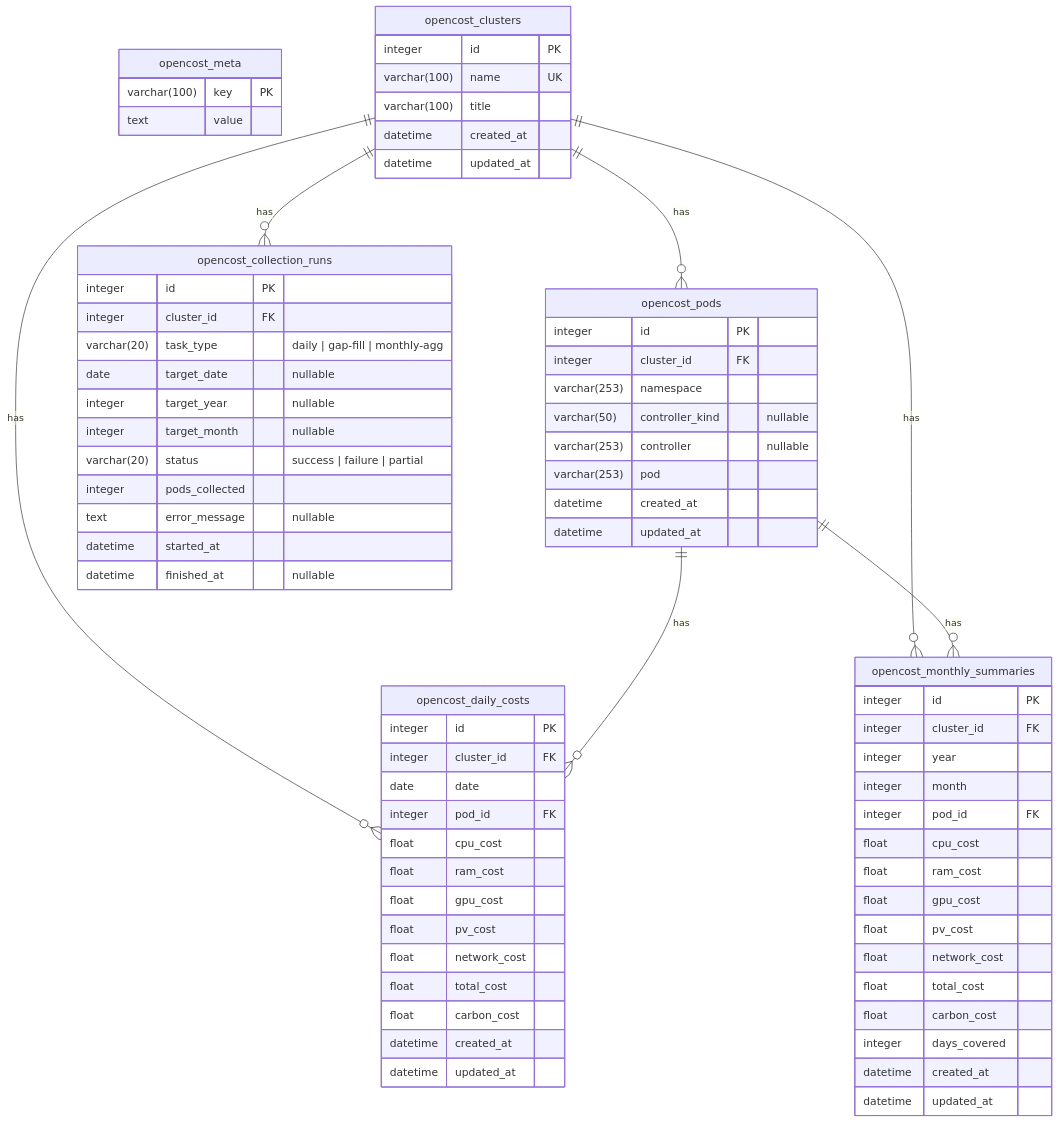
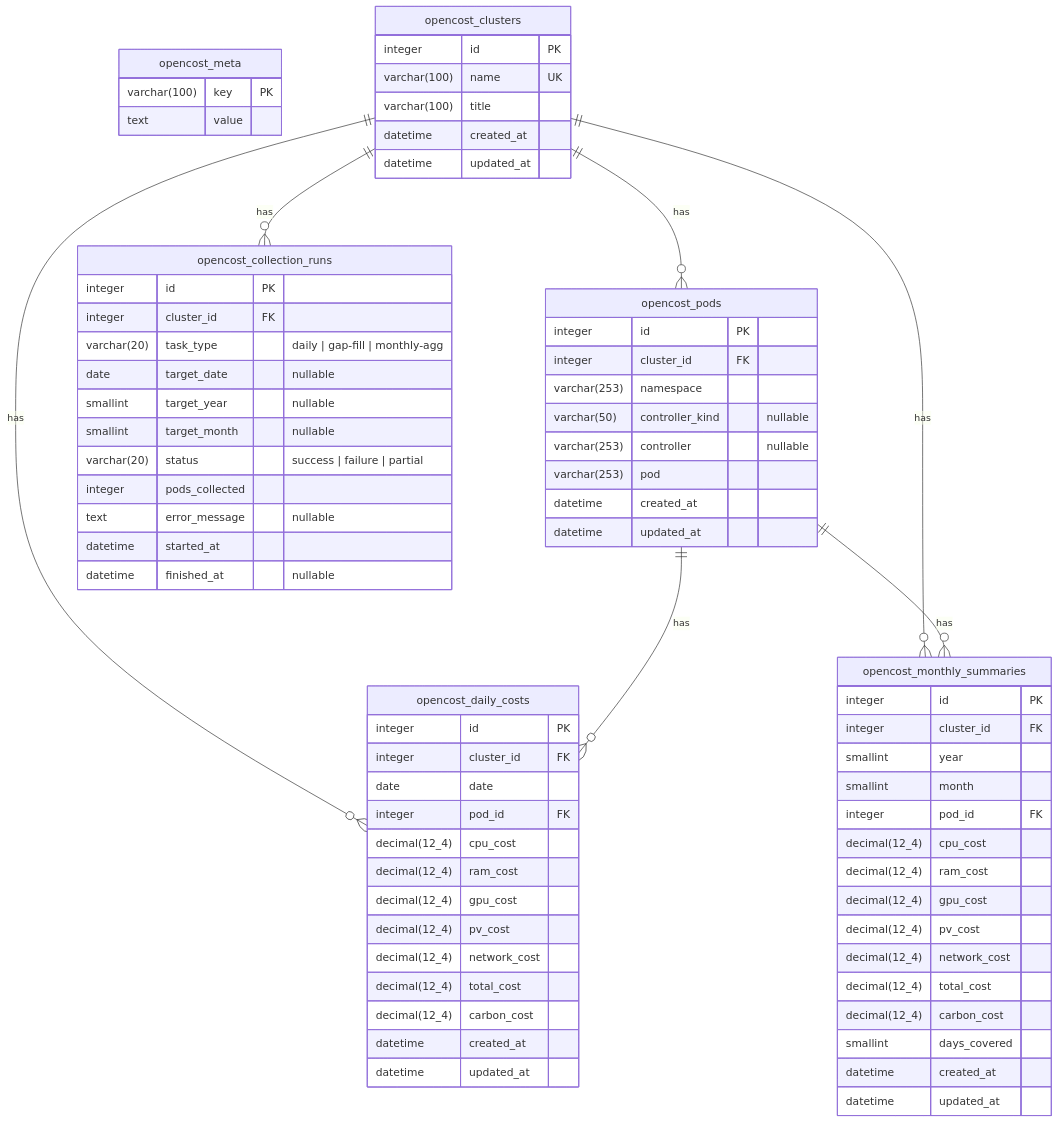
One commit to younsl/o changed the diagram in box/containers/backstage/docs/opencost-erd.md. Above: the diagram before and after it, drawn with Mermaid.

Commit message:
[backstage] docs(opencost): align ERD data types with actual schema
Update float to decimal(12,4), integer to smallint for year/month and
days_covered columns to match Knex schema definitions.

````diff
--- a/box/containers/backstage/docs/opencost-erd.md
+++ b/box/containers/backstage/docs/opencost-erd.md
@@ -7,81 +7,81 @@
 ```mermaid
 erDiagram
     opencost_meta {
         varchar(100) key PK
         text value
     }
 
     opencost_clusters {
         integer id PK
         varchar(100) name UK
         varchar(100) title
         datetime created_at
         datetime updated_at
     }
 
     opencost_pods {
         integer id PK
         integer cluster_id FK
         varchar(253) namespace
         varchar(50) controller_kind "nullable"
         varchar(253) controller "nullable"
         varchar(253) pod
         datetime created_at
         datetime updated_at
     }
 
     opencost_daily_costs {
         integer id PK
         integer cluster_id FK
         date date
         integer pod_id FK
-        float cpu_cost
-        float ram_cost
-        float gpu_cost
-        float pv_cost
-        float network_cost
-        float total_cost
-        float carbon_cost
+        decimal(12_4) cpu_cost
+        decimal(12_4) ram_cost
+        decimal(12_4) gpu_cost
+        decimal(12_4) pv_cost
+        decimal(12_4) network_cost
+        decimal(12_4) total_cost
+        decimal(12_4) carbon_cost
         datetime created_at
         datetime updated_at
     }
 
     opencost_monthly_summaries {
         integer id PK
         integer cluster_id FK
-        integer year
-        integer month
+        smallint year
+        smallint month
         integer pod_id FK
-        float cpu_cost
-        float ram_cost
-        float gpu_cost
-        float pv_cost
-        float network_cost
-        float total_cost
-        float carbon_cost
-        integer days_covered
+        decimal(12_4) cpu_cost
+        decimal(12_4) ram_cost
+        decimal(12_4) gpu_cost
+        decimal(12_4) pv_cost
+        decimal(12_4) network_cost
+        decimal(12_4) total_cost
+        decimal(12_4) carbon_cost
+        smallint days_covered
         datetime created_at
         datetime updated_at
     }
 
     opencost_collection_runs {
         integer id PK
         integer cluster_id FK
         varchar(20) task_type "daily | gap-fill | monthly-agg"
         date target_date "nullable"
-        integer target_year "nullable"
-        integer target_month "nullable"
+        smallint target_year "nullable"
+        smallint target_month "nullable"
         varchar(20) status "success | failure | partial"
         integer pods_collected
         text error_message "nullable"
         datetime started_at
         datetime finished_at "nullable"
     }
 
     opencost_clusters ||--o{ opencost_pods : "has"
     opencost_clusters ||--o{ opencost_daily_costs : "has"
     opencost_clusters ||--o{ opencost_monthly_summaries : "has"
     opencost_clusters ||--o{ opencost_collection_runs : "has"
     opencost_pods ||--o{ opencost_daily_costs : "has"
     opencost_pods ||--o{ opencost_monthly_summaries : "has"
 ```
````
